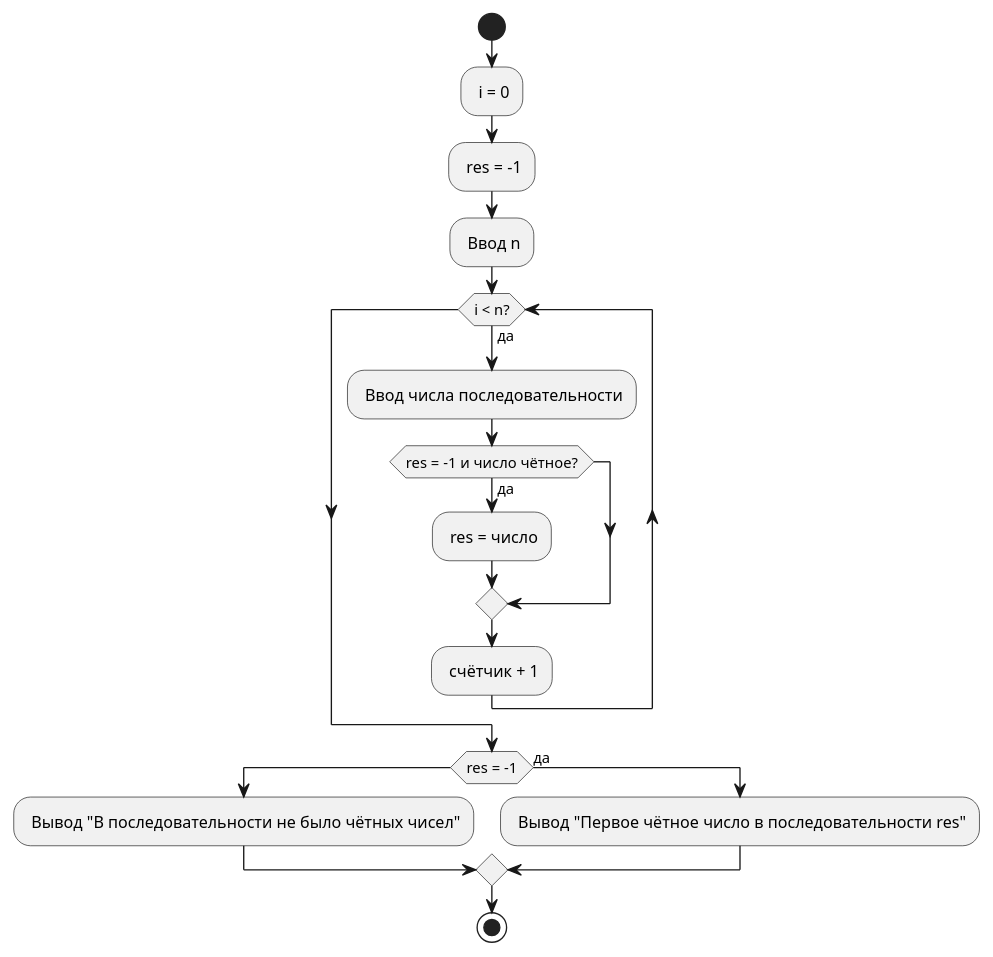
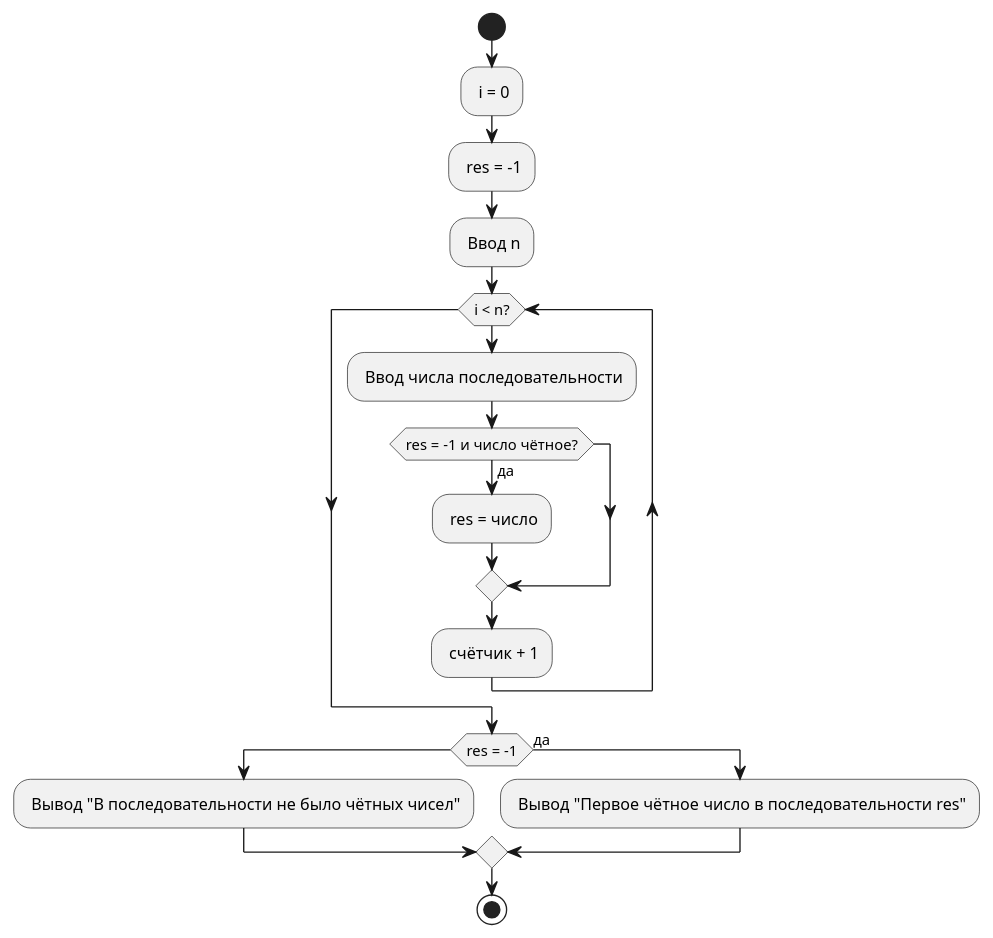
Before and after one commit to ermakov0/ivt-cpp: the diagram in uml/04-example1.puml, drawn with PlantUML. The commit also changed 24 other files, not shown here.

```diff
--- a/uml/04-example1.puml
+++ b/uml/04-example1.puml
@@ -1,20 +1,20 @@
 @startuml 04-example1
 start
 - i = 0
 - res = -1
 - Ввод n
-while (i < n?) is (да)
+while (i < n?)
     - Ввод числа последовательности
     if (res = -1 и число чётное?) then
     else (да)
         - res = число
     endif
     - счётчик + 1
 endwhile
 if (res = -1) then
     - Вывод "В последовательности не было чётных чисел"
 else (да)
     - Вывод "Первое чётное число в последовательности res"
 endif
 stop
 @enduml
```
